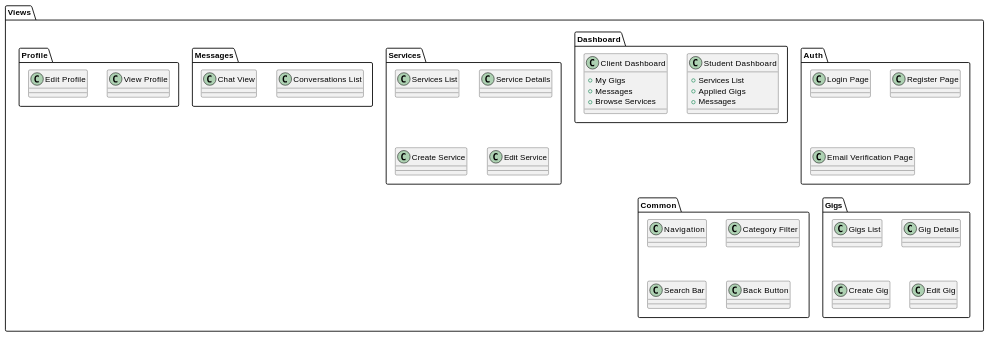
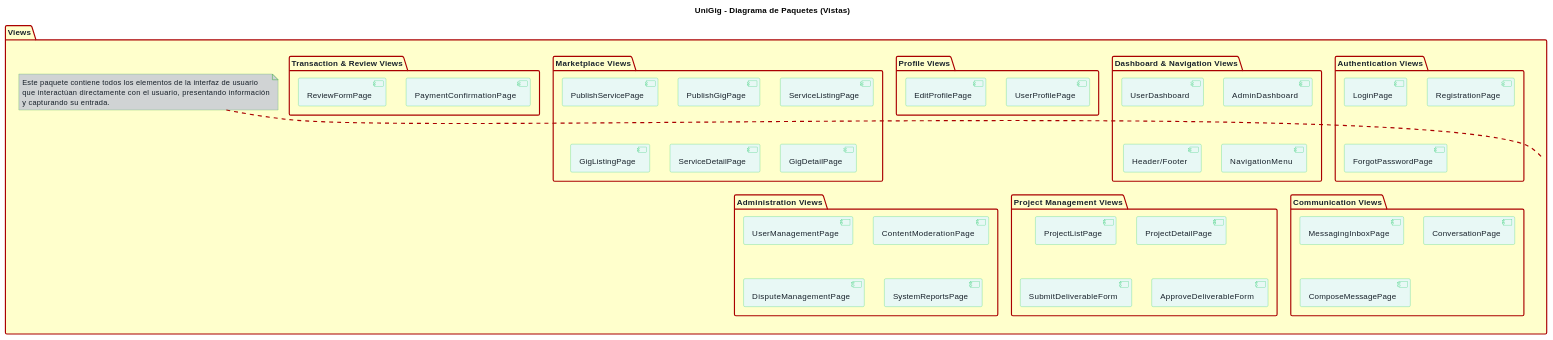
Diagram 18 of 19 in README.md (brandonP2/UniGig-TFG), drawn with PlantUML before and after one commit. The commit also changed other lines of this file and 40 other files, not shown here.

```diff
--- a/README.md
+++ b/README.md
@@ -389,55 +1562,88 @@
-@startuml
+@startuml UniGig_Views_Diagram
+
+hide empty description
+
+skinparam package {
+  BackgroundColor #FFFFCC
+  BorderColor #AA0000
+  FontColor #17202A
+  ArrowColor #AA0000
+  BorderThickness 2
+}
+skinparam component {
+  BackgroundColor #E8F8F5
+  BorderColor #2ECC71
+  FontColor #17202A
+}
+skinparam arrow {
+  Thickness 2
+  Color #AA0000
+  LineStyle dashed
+}
+skinparam note {
+  BackgroundColor #D0D3D4
+  BorderColor #4CAF50
+  FontColor #17202A
+}
+
+title UniGig - Diagrama de Paquetes (Vistas)
 
 package "Views" {
-  package "Auth" {
-    class "Login Page"
-    class "Register Page"
-    class "Email Verification Page"
+
+  package "Authentication Views" as AuthViews {
+    component "LoginPage"
+    component "RegistrationPage"
+    component "ForgotPasswordPage"
   }
 
-  package "Dashboard" {
-    class "Student Dashboard" {
-      +Services List
-      +Applied Gigs
-      +Messages
-    }
-    class "Client Dashboard" {
-      +My Gigs
-      +Messages
-      +Browse Services
-    }
+  package "Dashboard & Navigation Views" as DashboardViews {
+    component "UserDashboard"
+    component "AdminDashboard"
+    component "Header/Footer"
+    component "NavigationMenu"
   }
 
-  package "Services" {
-    class "Services List"
-    class "Service Details"
-    class "Create Service"
-    class "Edit Service"
+  package "Profile Views" as ProfileViews {
+    component "UserProfilePage"
+    component "EditProfilePage"
   }
 
-  package "Gigs" {
-    class "Gigs List"
-    class "Gig Details"
-    class "Create Gig"
-    class "Edit Gig"
+  package "Marketplace Views" as MarketplaceViews {
+    component "PublishServicePage"
+    component "PublishGigPage"
+    component "ServiceListingPage"
+    component "GigListingPage"
+    component "ServiceDetailPage"
+    component "GigDetailPage"
   }
 
-  package "Messages" {
-    class "Conversations List"
-    class "Chat View"
+  package "Communication Views" as CommViews {
+    component "MessagingInboxPage"
+    component "ConversationPage"
+    component "ComposeMessagePage"
   }
 
-  package "Profile" {
-    class "View Profile"
-    class "Edit Profile"
-}
+  package "Project Management Views" as ProjectViews {
+    component "ProjectListPage"
+    component "ProjectDetailPage"
+    component "SubmitDeliverableForm"
+    component "ApproveDeliverableForm"
+  }
 
-  package "Common" {
-    class "Navigation"
-    class "Category Filter"
-    class "Search Bar"
-    class "Back Button"
+  package "Transaction & Review Views" as TransReviewViews {
+    component "PaymentConfirmationPage"
+    component "ReviewFormPage"
   }
+
+  package "Administration Views" as AdminViews {
+    component "UserManagementPage"
+    component "ContentModerationPage"
+    component "DisputeManagementPage"
+    component "SystemReportsPage"
+  }
+
+  note "Este paquete contiene todos los elementos de la interfaz de usuario\nque interactúan directamente con el usuario, presentando información\ny capturando su entrada." as ViewsNote
+  ViewsNote .. Views
 }
 
 @enduml
```
